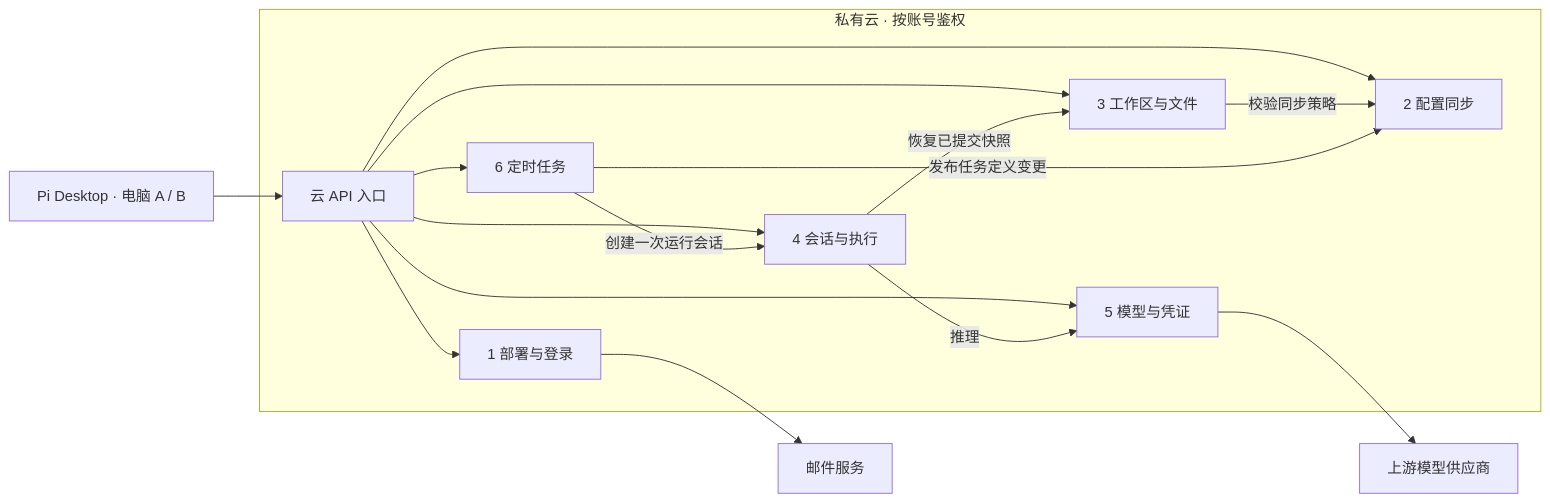
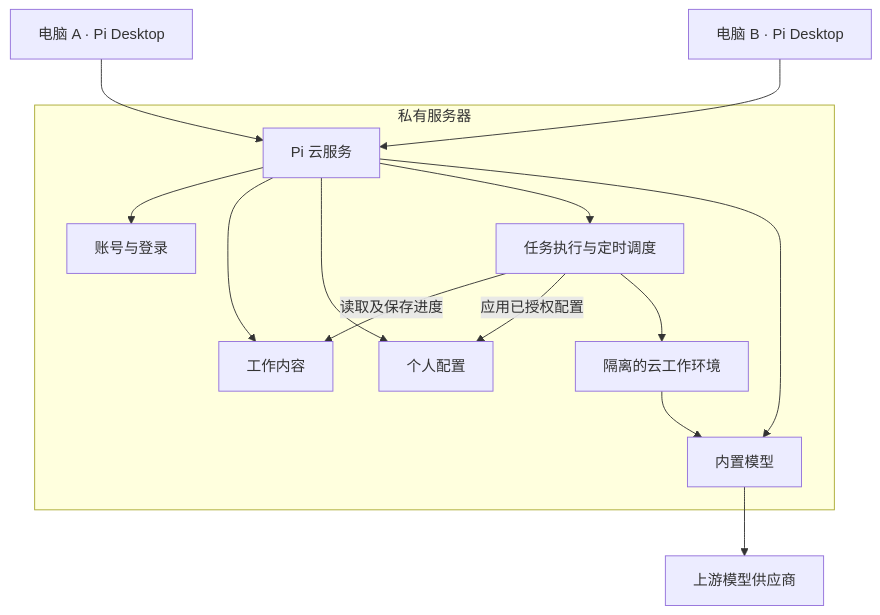
Before and after one commit to LiusCraft/pi-desktop: the first of 7 diagrams in docs/private-cloud-design.md, drawn with Mermaid. The commit also changed other lines of this file, not shown here.

````diff
--- a/docs/private-cloud-design.md
+++ b/docs/private-cloud-design.md
@@ -9,19 +37,17 @@
 ```mermaid
-flowchart LR
-    D["Pi Desktop · 电脑 A / B"] --> G["云 API 入口"]
-    subgraph Cloud["私有云 · 按账号鉴权"]
-        G --> A["1 部署与登录"]
-        G --> C["2 配置同步"]
-        G --> W["3 工作区与文件"]
-        G --> H["4 会话与执行"]
-        G --> M["5 模型与凭证"]
-        G --> T["6 定时任务"]
-        W -->|校验同步策略| C
-        H -->|恢复已提交快照| W
-        H -->|推理| M
-        T -->|发布任务定义变更| C
-        T -->|创建一次运行会话| H
+flowchart TB
+    A["电脑 A · Pi Desktop"] --> S["Pi 云服务"]
+    B["电脑 B · Pi Desktop"] --> S
+    subgraph PrivateCloud["私有服务器"]
+        S --> Account["账号与登录"]
+        S --> Work["工作内容"]
+        S --> Config["个人配置"]
+        S --> Run["任务执行与定时调度"]
+        S --> Models["内置模型"]
+        Run -->|读取及保存进度| Work
+        Run -->|应用已授权配置| Config
+        Run --> Env["隔离的云工作环境"]
+        Env --> Models
     end
-    A --> Mail["邮件服务"]
-    M --> Vendor["上游模型供应商"]
+    Models --> Provider["上游模型供应商"]
 ```
````
